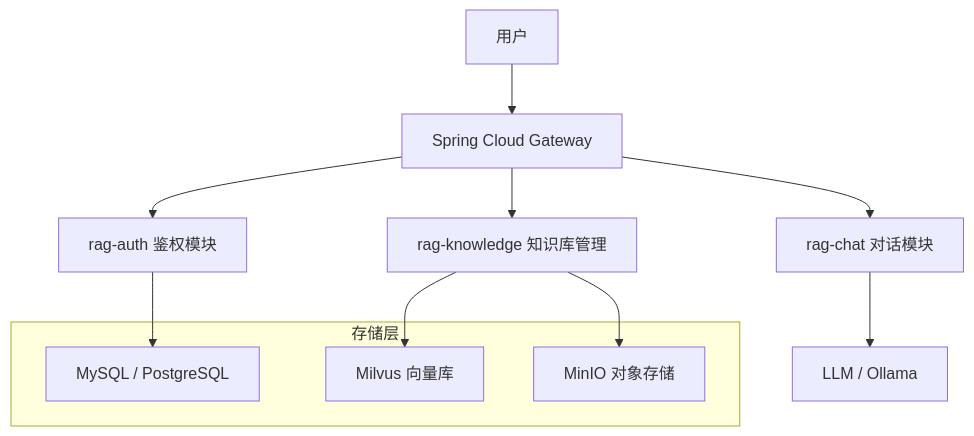
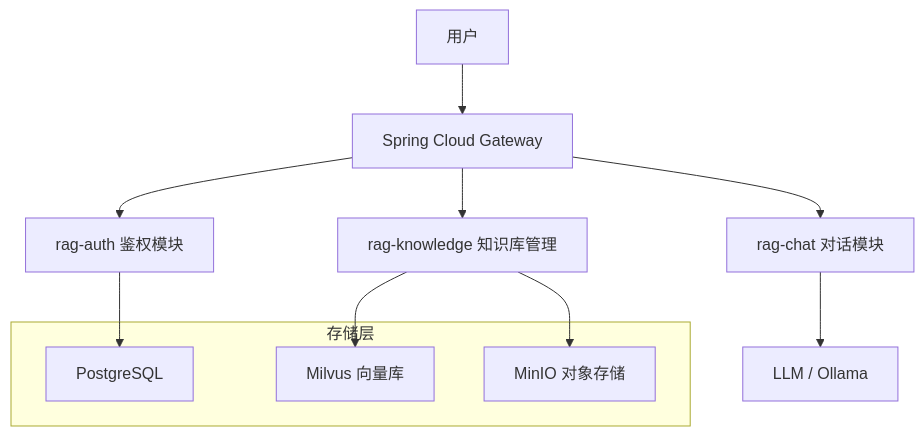
One commit to pointer1015/Guide-RAG changed the diagram in README.md. Above: the diagram before and after it, drawn with Mermaid.

Commit message:
更新README

````diff
--- a/README.md
+++ b/README.md
@@ -29,18 +29,18 @@
 ```mermaid
 graph TD
     User[用户] --> Gateway[Spring Cloud Gateway]
     Gateway --> Auth[rag-auth 鉴权模块]
     Gateway --> Chat[rag-chat 对话模块]
     Gateway --> Knowledge[rag-knowledge 知识库管理]
 
     subgraph 存储层
-        MySQL[MySQL / PostgreSQL]
+        PostgreSQL[PostgreSQL]
         Milvus[Milvus 向量库]
         MinIO[MinIO 对象存储]
     end
 
     Chat --> LLM[LLM / Ollama]
     Knowledge --> Milvus
     Knowledge --> MinIO
-    Auth --> MySQL
+    Auth --> PostgreSQL
 ```
````
